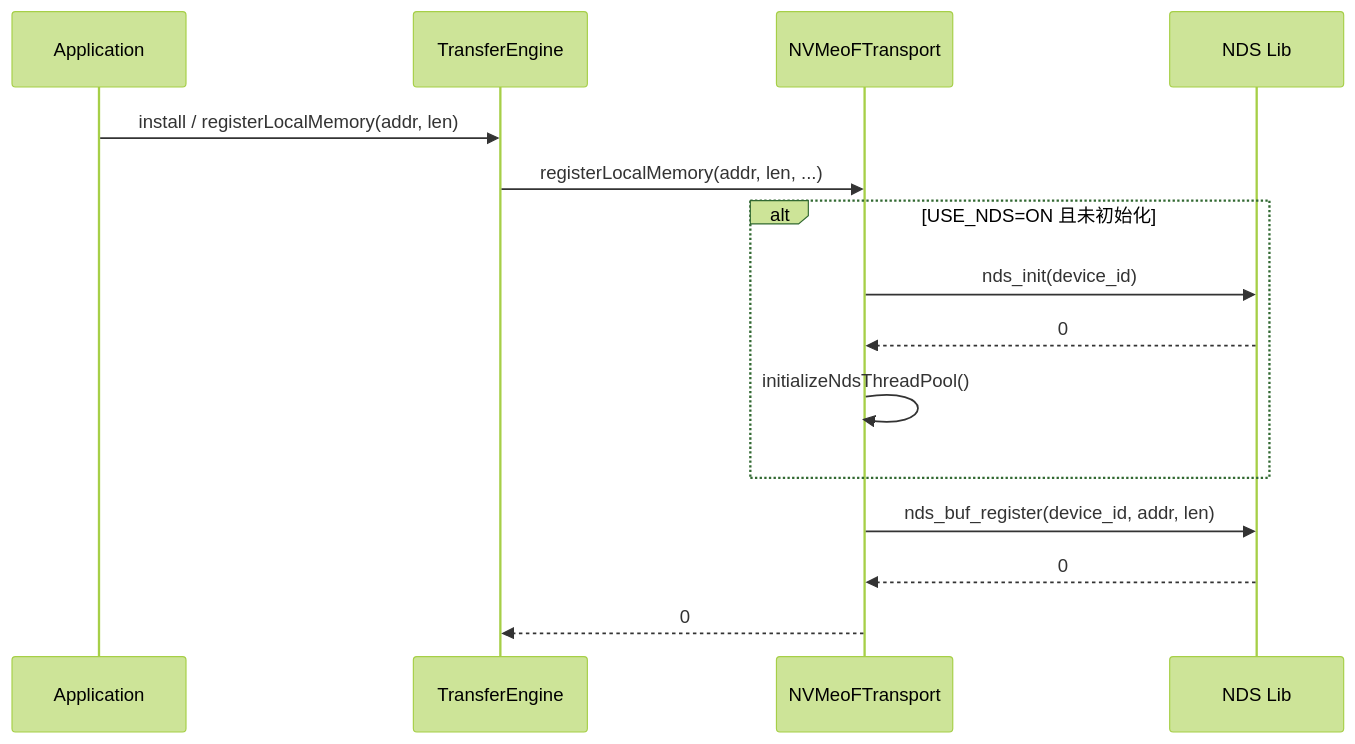
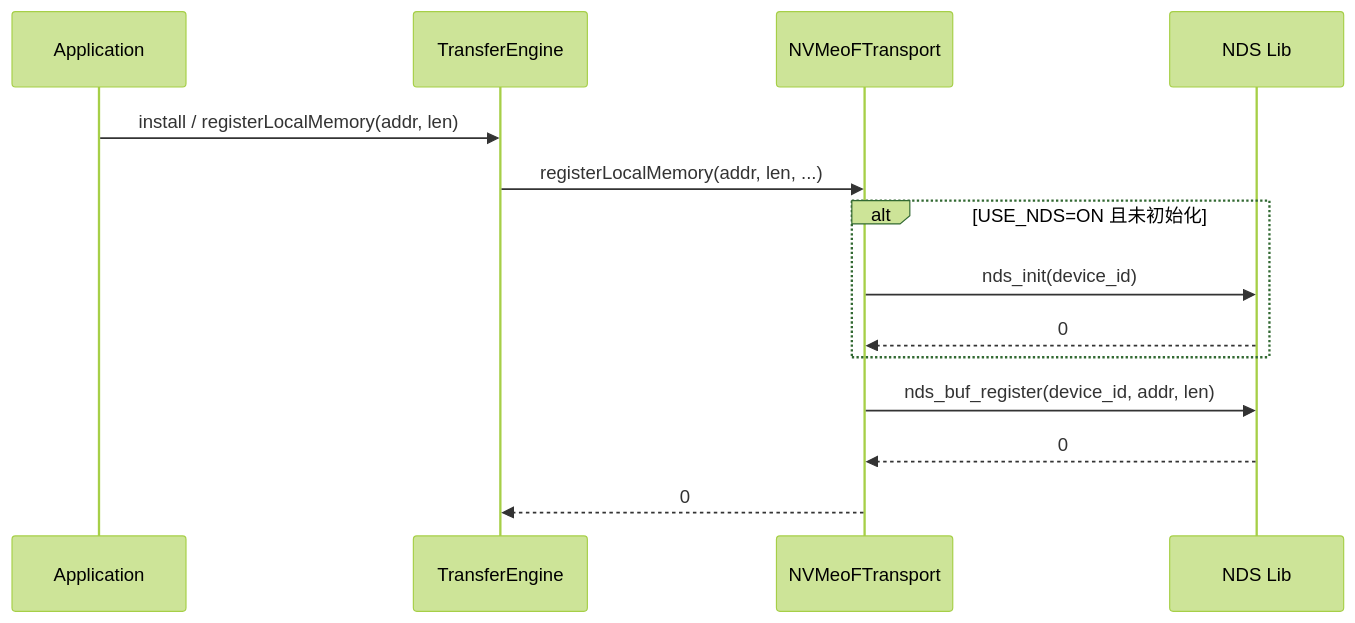
The fifth of 17 diagrams in docs/rfc-nds-nvmeof-transport-cn.md (yz53665/Mooncake), drawn with Mermaid (forest theme) before and after one commit. The commit also changed other lines of this file, not shown here.

````diff
--- a/docs/rfc-nds-nvmeof-transport-cn.md
+++ b/docs/rfc-nds-nvmeof-transport-cn.md
@@ -238,18 +266,17 @@
 ```mermaid
 sequenceDiagram
     participant App as Application
     participant TE as TransferEngine
     participant NVT as NVMeoFTransport
     participant NDS as NDS Lib
 
     App->>TE: install / registerLocalMemory(addr, len)
     TE->>NVT: registerLocalMemory(addr, len, ...)
     alt USE_NDS=ON 且未初始化
         NVT->>NDS: nds_init(device_id)
         NDS-->>NVT: 0
-        NVT->>NVT: initializeNdsThreadPool()
     end
     NVT->>NDS: nds_buf_register(device_id, addr, len)
     NDS-->>NVT: 0
     NVT-->>TE: 0
 ```
````
